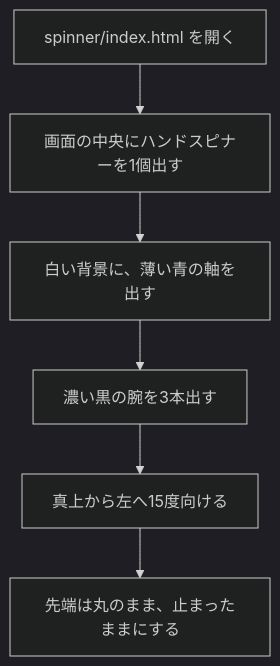
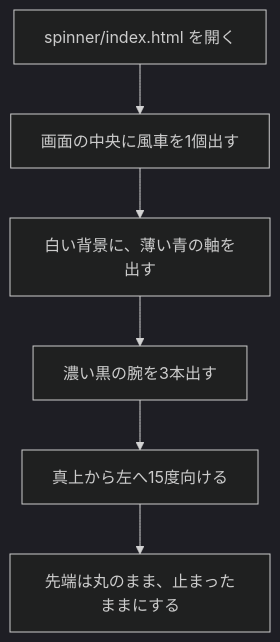
One commit to pfgnsb/hand-spinner changed the second of 9 diagrams in spinner/ドキュメント/ユースケース.md. Above: the diagram before and after it, drawn with Mermaid (dark theme). The commit also changed other lines of this file and 13 other files, not shown here.

````diff
--- a/spinner/ドキュメント/ユースケース.md
+++ b/spinner/ドキュメント/ユースケース.md
@@ -54,8 +54,8 @@
 ```mermaid
 flowchart TD
-  a["spinner/index.html を開く"] --> b[画面の中央にハンドスピナーを1個出す]
+  a["spinner/index.html を開く"] --> b[画面の中央に風車を1個出す]
   b --> c[白い背景に、薄い青の軸を出す]
   c --> d[濃い黒の腕を3本出す]
   d --> e[真上から左へ15度向ける]
   e --> f[先端は丸のまま、止まったままにする]
 ```
````
